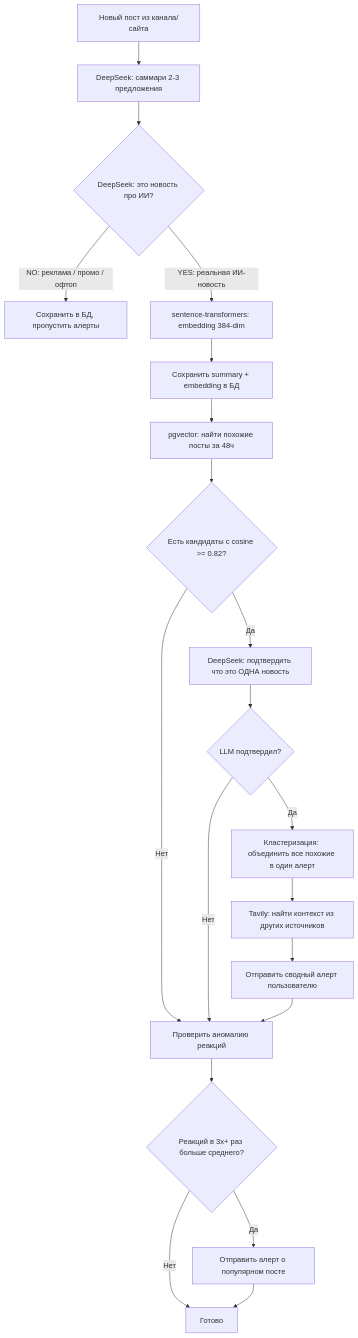
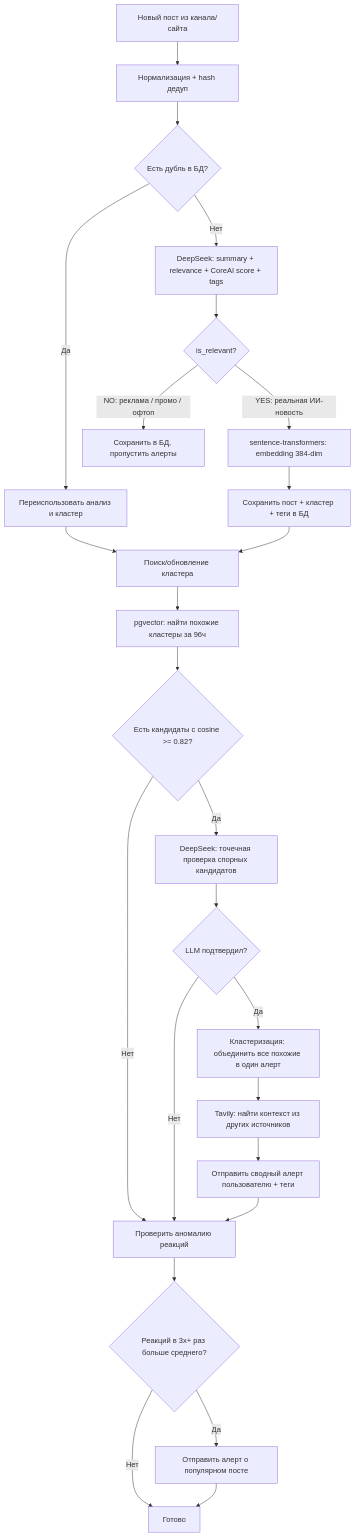
One commit to senya-2011/telegram-ai-channel-parser changed the second of 9 diagrams in ARCHITECTURE.md. Above: the diagram before and after it, drawn with Mermaid. The commit also changed other lines of this file and 22 other files, not shown here.

````diff
--- a/ARCHITECTURE.md
+++ b/ARCHITECTURE.md
@@ -80,22 +86,27 @@
 ```mermaid
 flowchart TD
-    A[Новый пост из канала/сайта] --> B[DeepSeek: саммари 2-3 предложения]
-    B --> C{DeepSeek: это новость про ИИ?}
+    A[Новый пост из канала/сайта] --> A1[Нормализация + hash дедуп]
+    A1 --> A2{Есть дубль в БД?}
+    A2 -->|Да| A3[Переиспользовать анализ и кластер]
+    A2 -->|Нет| B[DeepSeek: summary + relevance + CoreAI score + tags]
+    B --> C{is_relevant?}
     C -->|NO: реклама / промо / офтоп| D[Сохранить в БД, пропустить алерты]
     C -->|YES: реальная ИИ-новость| E[sentence-transformers: embedding 384-dim]
-    E --> F[Сохранить summary + embedding в БД]
-    F --> G[pgvector: найти похожие посты за 48ч]
-    G --> H{Есть кандидаты с cosine >= 0.82?}
+    E --> F[Сохранить пост + кластер + теги в БД]
+    A3 --> G[Поиск/обновление кластера]
+    F --> G[Поиск/обновление кластера]
+    G --> G1[pgvector: найти похожие кластеры за 96ч]
+    G1 --> H{Есть кандидаты с cosine >= 0.82?}
     H -->|Нет| I[Проверить аномалию реакций]
-    H -->|Да| J[DeepSeek: подтвердить что это ОДНА новость]
+    H -->|Да| J[DeepSeek: точечная проверка спорных кандидатов]
     J --> K{LLM подтвердил?}
     K -->|Нет| I
     K -->|Да| L[Кластеризация: объединить все похожие в один алерт]
     L --> M[Tavily: найти контекст из других источников]
-    M --> N[Отправить сводный алерт пользователю]
+    M --> N[Отправить сводный алерт пользователю + теги]
     N --> I
     I --> O{Реакций в 3x+ раз больше среднего?}
     O -->|Нет| P[Готово]
     O -->|Да| Q[Отправить алерт о популярном посте]
     Q --> P
 ```
````
